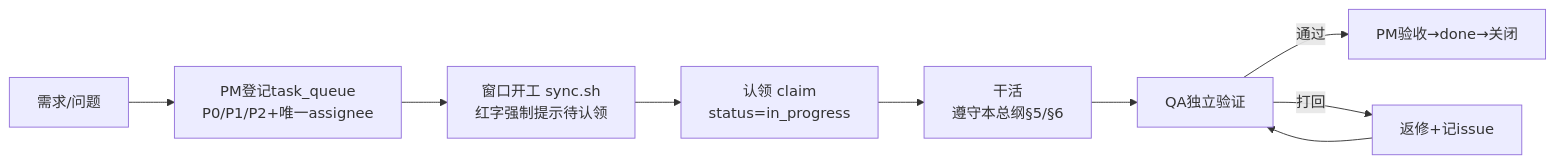
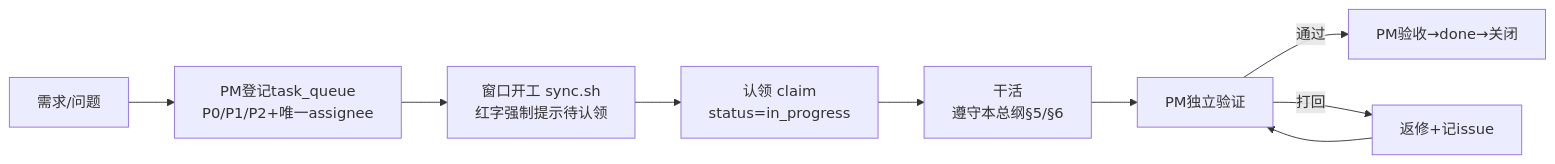
Before and after one commit to huming0018-dot/china-travel-food: the second of 3 diagrams in GOVERNANCE_MASTER.md, drawn with Mermaid. The commit also changed other lines of this file and 11 other files, not shown here.

````diff
--- a/GOVERNANCE_MASTER.md
+++ b/GOVERNANCE_MASTER.md
@@ -136,11 +138,11 @@
 ```mermaid
 flowchart LR
     REQ[需求/问题] --> PM[PM登记task_queue<br/>P0/P1/P2+唯一assignee]
     PM --> SYNC[窗口开工 sync.sh<br/>红字强制提示待认领]
     SYNC --> CLAIM[认领 claim<br/>status=in_progress]
     CLAIM --> DO[干活<br/>遵守本总纲§5/§6]
-    DO --> QA3[QA独立验证]
+    DO --> QA3[PM独立验证]
     QA3 -->|通过| ACC[PM验收→done→关闭]
     QA3 -->|打回| DO2[返修+记issue]
     DO2 --> QA3
 ```
````
